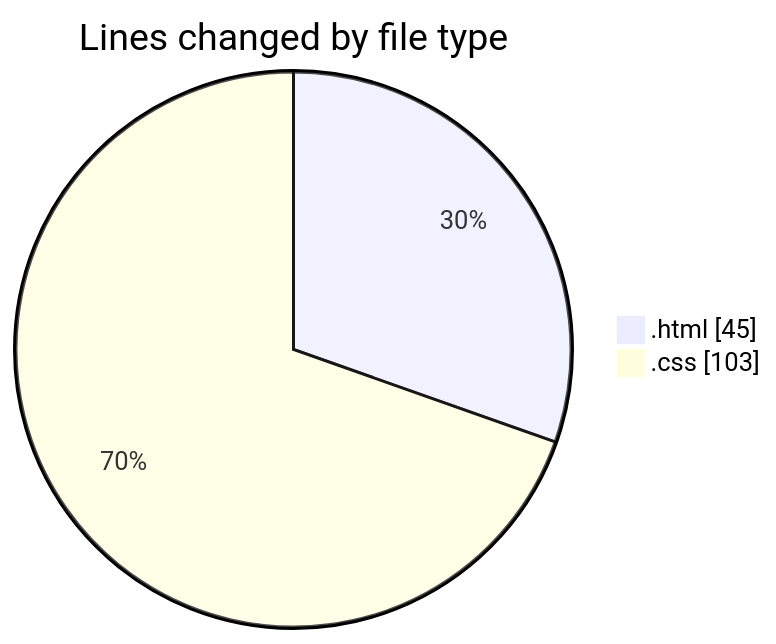
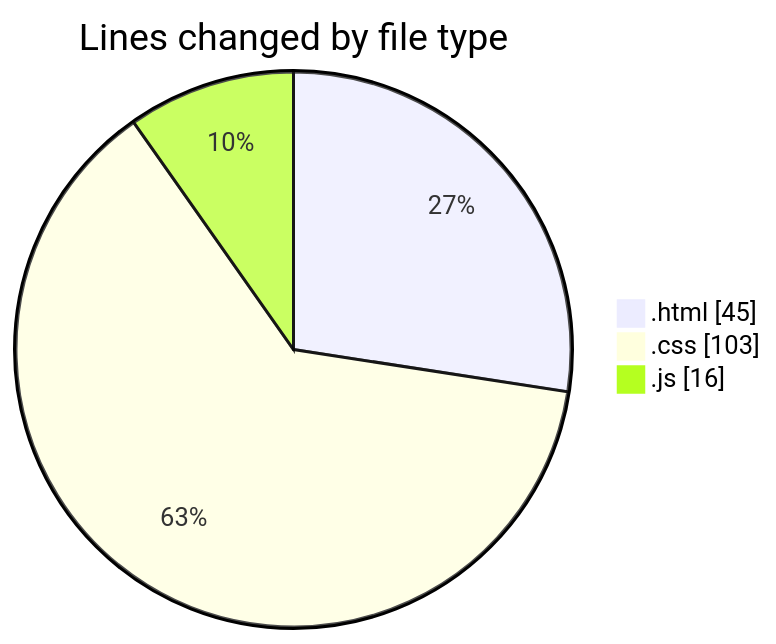
One commit to Ritupan-Deka/code-tracking changed the first of 2 diagrams in 2025-08-24/javascript/README.md. Above: the diagram before and after it, drawn with Mermaid. The commit also changed other lines of this file and 1 other file, not shown here.

````diff
--- a/2025-08-24/javascript/README.md
+++ b/2025-08-24/javascript/README.md
@@ -21,6 +22,7 @@
 ```mermaid
 pie showData
 title Lines changed by file type
 ".html" : 45
 ".css" : 103
+".js" : 16
 ```
````
